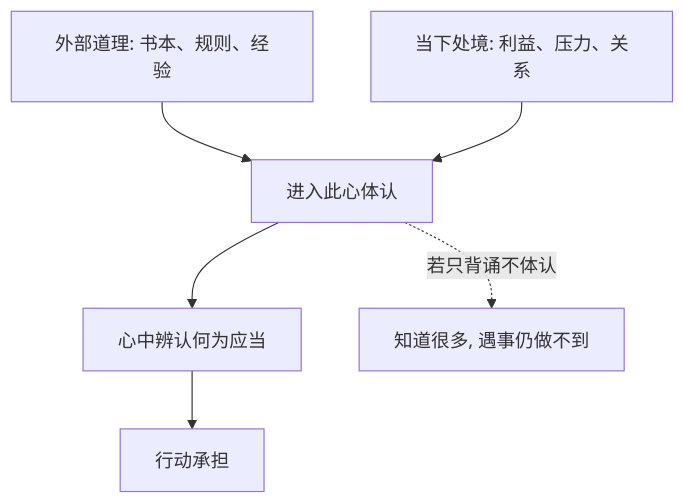
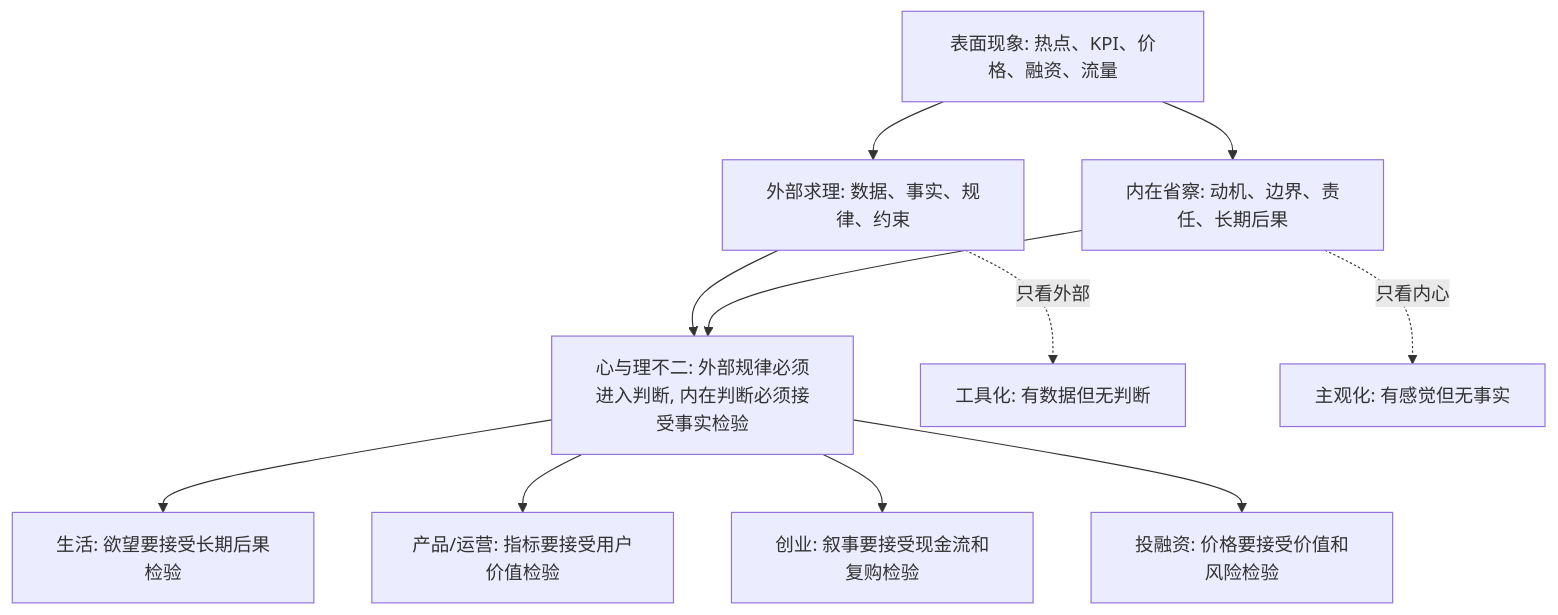
The diagram in 202605/20260518_74.md (digoal/blog), drawn with Mermaid before and after one commit. The commit also changed other lines of this file and 51 other files, not shown here.

````diff
--- a/202605/20260518_74.md
+++ b/202605/20260518_74.md
@@ -22,8 +22,13 @@
 ```mermaid
 flowchart TD
-  A["外部道理: 书本、规则、经验"] --> C["进入此心体认"]
-  B["当下处境: 利益、压力、关系"] --> C
-  C --> D["心中辨认何为应当"]
-  D --> E["行动承担"]
-  C -. "若只背诵不体认" .-> F["知道很多, 遇事仍做不到"]
+  A["表面现象: 热点、KPI、价格、融资、流量"] --> B["外部求理: 数据、事实、规律、约束"]
+  A --> C["内在省察: 动机、边界、责任、长期后果"]
+  B --> D["心与理不二: 外部规律必须进入判断, 内在判断必须接受事实检验"]
+  C --> D
+  D --> E["生活: 欲望要接受长期后果检验"]
+  D --> F["产品/运营: 指标要接受用户价值检验"]
+  D --> G["创业: 叙事要接受现金流和复购检验"]
+  D --> H["投融资: 价格要接受价值和风险检验"]
+  B -. "只看外部" .-> I["工具化: 有数据但无判断"]
+  C -. "只看内心" .-> J["主观化: 有感觉但无事实"]
 ```
````
